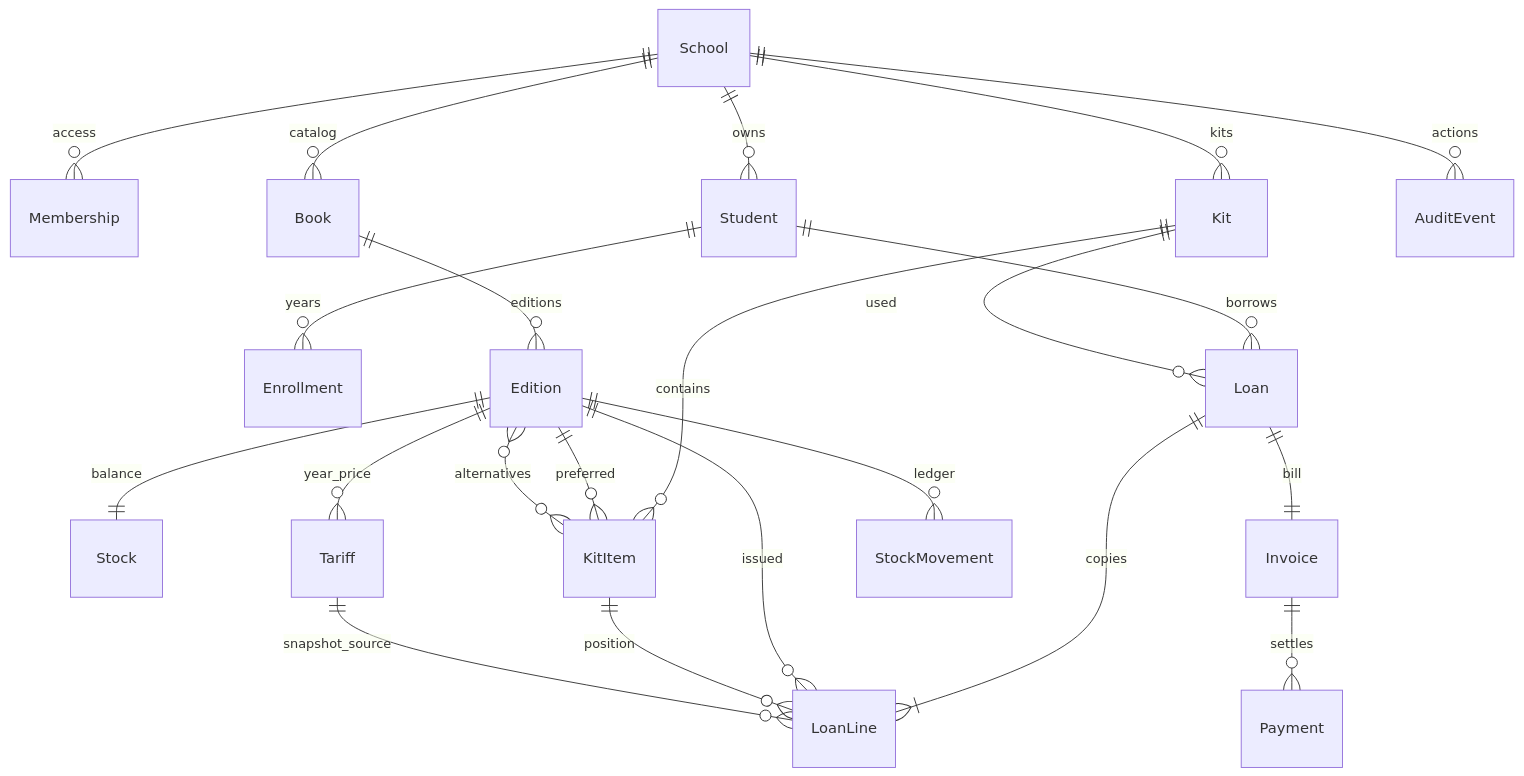
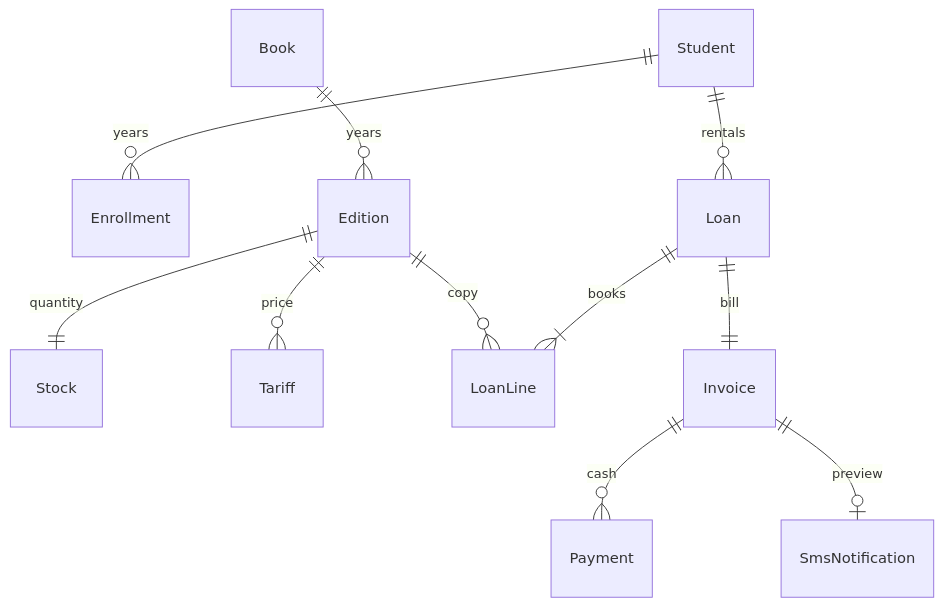
Before and after one commit to FayzulloBukhoriev/KitobYor: the diagram in docs/SCHEMA.md, drawn with Mermaid. The commit also changed other lines of this file and 11 other files, not shown here.

````diff
--- a/docs/SCHEMA.md
+++ b/docs/SCHEMA.md
@@ -5,24 +26,13 @@
 ```mermaid
 erDiagram
-    School ||--o{ Membership : access
-    School ||--o{ Student : owns
     Student ||--o{ Enrollment : years
-    School ||--o{ Book : catalog
-    Book ||--o{ Edition : editions
-    Edition ||--|| Stock : balance
-    Edition ||--o{ Tariff : year_price
-    School ||--o{ Kit : kits
-    Kit ||--o{ KitItem : contains
-    Edition ||--o{ KitItem : preferred
-    KitItem }o--o{ Edition : alternatives
-    Student ||--o{ Loan : borrows
-    Kit ||--o{ Loan : used
-    Loan ||--|{ LoanLine : copies
-    Edition ||--o{ LoanLine : issued
-    KitItem ||--o{ LoanLine : position
-    Tariff ||--o{ LoanLine : snapshot_source
+    Student ||--o{ Loan : rentals
+    Book ||--o{ Edition : years
+    Edition ||--|| Stock : quantity
+    Edition ||--o{ Tariff : price
+    Loan ||--|{ LoanLine : books
+    Edition ||--o{ LoanLine : copy
     Loan ||--|| Invoice : bill
-    Invoice ||--o{ Payment : settles
-    Edition ||--o{ StockMovement : ledger
-    School ||--o{ AuditEvent : actions
+    Invoice ||--o{ Payment : cash
+    Invoice ||--o| SmsNotification : preview
 ```
````
